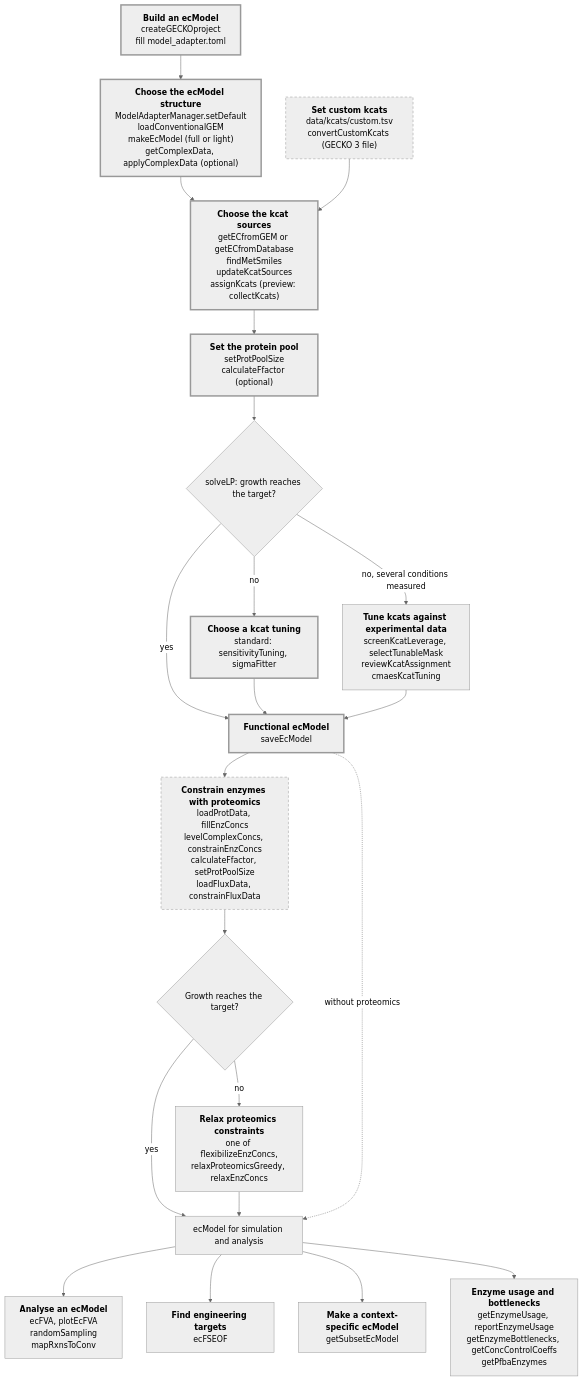
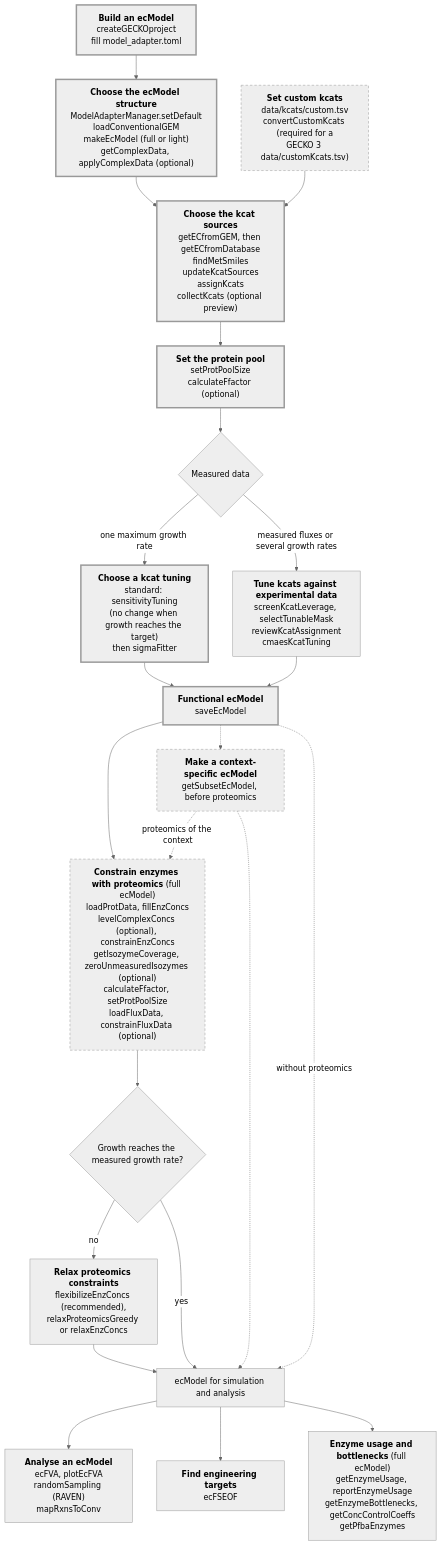
Before and after one commit to CompMetEng/gecko-docs: the first of 2 diagrams in docs/guide/workflow.md, drawn with Mermaid (neutral theme). The commit also changed other lines of this file and 17 other files, not shown here.

Commit message:
doc: correct the order and conditions in the workflow diagrams

````diff
--- a/docs/guide/workflow.md
+++ b/docs/guide/workflow.md
@@ -15,55 +15,56 @@
 ```{mermaid}
 :config: {"flowchart": {"useMaxWidth": false}}
 
 flowchart TB
   classDef quick stroke-width:3px
   classDef opt stroke-dasharray: 5 4
   P["<b>Build an ecModel</b><br/>createGECKOproject<br/>fill model_adapter.toml"]:::quick
   S["<b>Choose the ecModel structure</b><br/>ModelAdapterManager.setDefault<br/>loadConventionalGEM<br/>makeEcModel (full or light)<br/>getComplexData, applyComplexData (optional)"]:::quick
-  K["<b>Choose the kcat sources</b><br/>getECfromGEM or getECfromDatabase<br/>findMetSmiles<br/>updateKcatSources<br/>assignKcats (preview: collectKcats)"]:::quick
-  C["<b>Set custom kcats</b><br/>data/kcats/custom.tsv<br/>convertCustomKcats (GECKO 3 file)"]:::opt
+  K["<b>Choose the kcat sources</b><br/>getECfromGEM, then getECfromDatabase<br/>findMetSmiles<br/>updateKcatSources<br/>assignKcats<br/>collectKcats (optional preview)"]:::quick
+  C["<b>Set custom kcats</b><br/>data/kcats/custom.tsv<br/>convertCustomKcats (required for a<br/>GECKO 3 data/customKcats.tsv)"]:::opt
   PP["<b>Set the protein pool</b><br/>setProtPoolSize<br/>calculateFfactor (optional)"]:::quick
-  G{"solveLP: growth reaches the target?"}
-  T["<b>Choose a kcat tuning</b><br/>standard: sensitivityTuning, sigmaFitter"]:::quick
+  G{"Measured data"}
+  T["<b>Choose a kcat tuning</b><br/>standard: sensitivityTuning<br/>(no change when growth reaches the target)<br/>then sigmaFitter"]:::quick
   A["<b>Tune kcats against experimental data</b><br/>screenKcatLeverage, selectTunableMask<br/>reviewKcatAssignment<br/>cmaesKcatTuning"]
   F["<b>Functional ecModel</b><br/>saveEcModel"]:::quick
   P --> S --> K --> PP --> G
   C --> K
-  G -->|no| T
-  G -->|no, several conditions measured| A
-  G -->|yes| F
+  G -->|one maximum growth rate| T
+  G -->|measured fluxes or several growth rates| A
   T --> F
   A --> F
-  PR["<b>Constrain enzymes with proteomics</b><br/>loadProtData, fillEnzConcs<br/>levelComplexConcs, constrainEnzConcs<br/>calculateFfactor, setProtPoolSize<br/>loadFluxData, constrainFluxData"]:::opt
+  PR["<b>Constrain enzymes with proteomics</b> (full ecModel)<br/>loadProtData, fillEnzConcs<br/>levelComplexConcs (optional), constrainEnzConcs<br/>getIsozymeCoverage, zeroUnmeasuredIsozymes (optional)<br/>calculateFfactor, setProtPoolSize<br/>loadFluxData, constrainFluxData (optional)"]:::opt
   F --> PR
-  RL{"Growth reaches the target?"}
+  F -.-> CX
+  CX -.->|proteomics of the context| PR
+  CX -.-> RD
+  RL{"Growth reaches the measured growth rate?"}
   PR --> RL
-  RX["<b>Relax proteomics constraints</b><br/>one of flexibilizeEnzConcs,<br/>relaxProteomicsGreedy, relaxEnzConcs"]
+  RX["<b>Relax proteomics constraints</b><br/>flexibilizeEnzConcs (recommended),<br/>relaxProteomicsGreedy or relaxEnzConcs"]
   RL -->|no| RX
   RD["ecModel for simulation and analysis"]
   RL -->|yes| RD
   RX --> RD
   F -.->|without proteomics| RD
-  AN["<b>Analyse an ecModel</b><br/>ecFVA, plotEcFVA<br/>randomSampling<br/>mapRxnsToConv"]
+  AN["<b>Analyse an ecModel</b><br/>ecFVA, plotEcFVA<br/>randomSampling (RAVEN)<br/>mapRxnsToConv"]
   EN["<b>Find engineering targets</b><br/>ecFSEOF"]
-  CX["<b>Make a context-specific ecModel</b><br/>getSubsetEcModel"]
-  EU["<b>Enzyme usage and bottlenecks</b><br/>getEnzymeUsage, reportEnzymeUsage<br/>getEnzymeBottlenecks, getConcControlCoeffs<br/>getPfbaEnzymes"]
+  CX["<b>Make a context-specific ecModel</b><br/>getSubsetEcModel, before proteomics"]:::opt
+  EU["<b>Enzyme usage and bottlenecks</b> (full ecModel)<br/>getEnzymeUsage, reportEnzymeUsage<br/>getEnzymeBottlenecks, getConcControlCoeffs<br/>getPfbaEnzymes"]
   RD --> AN
   RD --> EN
-  RD --> CX
   RD --> EU
   click P href "first-ecmodel.html"
   click S href "ecmodel-structure.html"
   click K href "kcat-sources.html"
   click C href "custom-kcats.html"
   click PP href "protein-pool.html"
   click T href "kcat-tuning.html"
   click A href "advanced-tuning.html"
   click F href "first-ecmodel.html"
   click PR href "proteomics.html"
   click RX href "relaxing-proteomics.html"
   click AN href "analysis.html"
   click EN href "engineering-targets.html"
   click CX href "context-ecmodel.html"
   click EU href "enzyme-usage.html"
 ```
````
